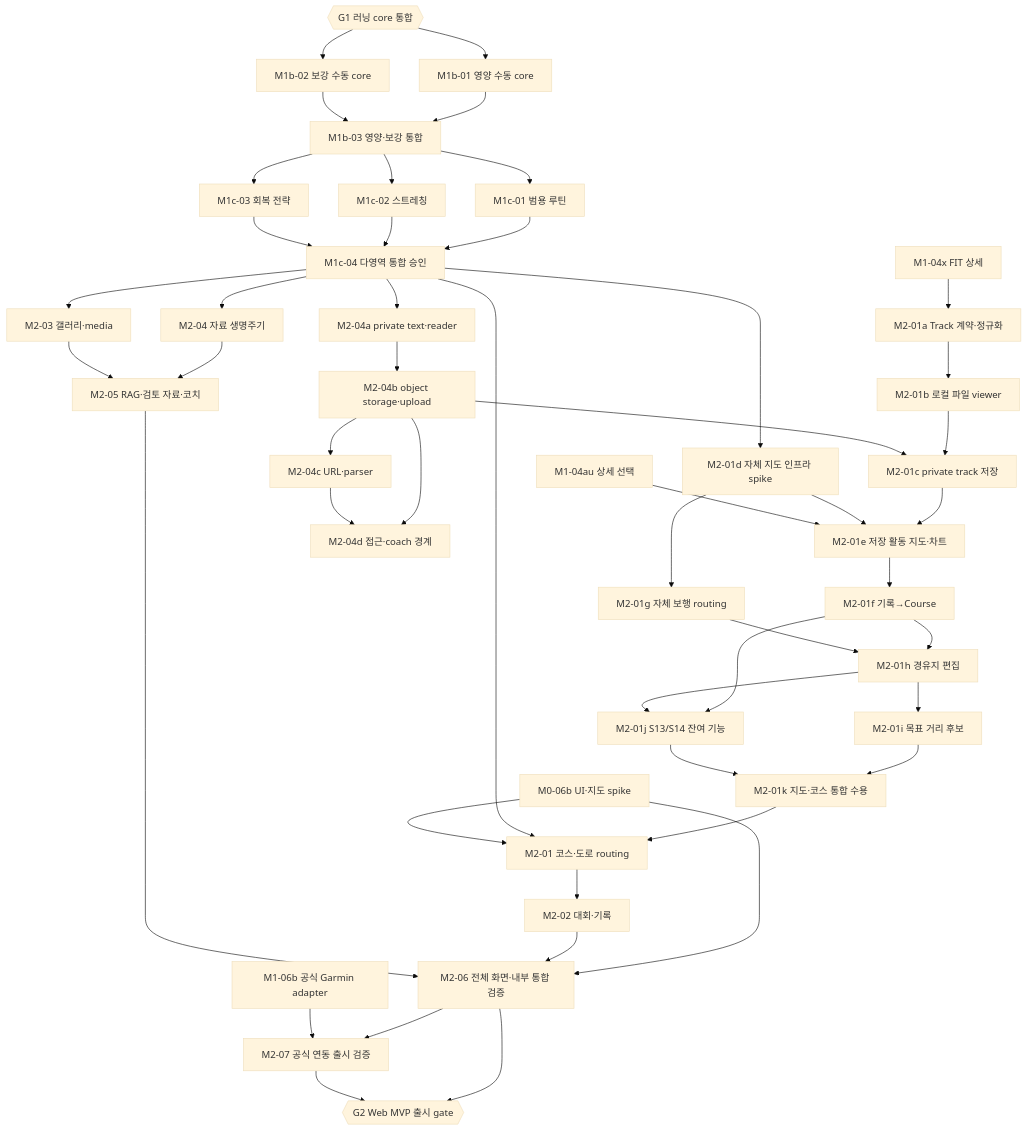
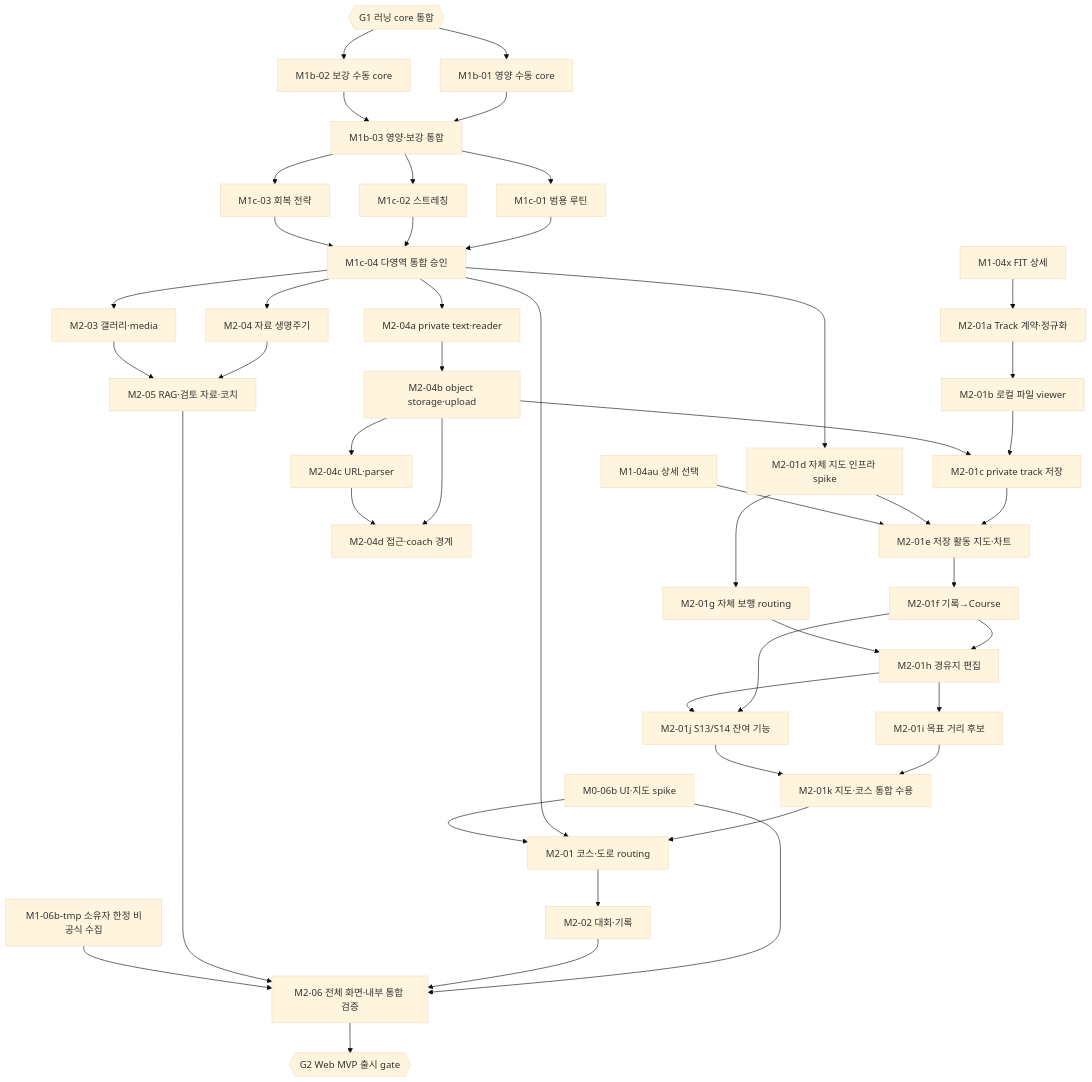
The second of 3 diagrams in docs/implementation/task-graph.md (peacecheejecake/workout-manager), drawn with Mermaid (base theme) before and after one commit. The commit also changed other lines of this file and 10 other files, not shown here.

````diff
--- a/docs/implementation/task-graph.md
+++ b/docs/implementation/task-graph.md
@@ -438,7 +432,7 @@
 ```mermaid
 flowchart TD
     task7["M0-06b UI·지도 spike"]
-    task17["M1-06b 공식 Garmin adapter"]
+    garminTmp["M1-06b-tmp 소유자 한정 비공식 수집"]
     task18{{"G1 러닝 core 통합"}}
     task19["M1b-01 영양 수동 core"]
     task20["M1b-02 보강 수동 core"]
@@ -486,7 +480,6 @@
     task29d["M2-04d 접근·coach 경계"]
     task30["M2-05 RAG·검토 자료·코치"]
     task31["M2-06 전체 화면·내부 통합 검증"]
-    task32["M2-07 공식 연동 출시 검증"]
     task33{{"G2 Web MVP 출시 gate"}}
     task18 --> task19
     task18 --> task20
@@ -513,8 +506,6 @@
     task7 --> task31
     task27 --> task31
     task30 --> task31
-    task31 --> task32
-    task17 --> task32
+    garminTmp --> task31
     task31 --> task33
-    task32 --> task33
 ```
````
